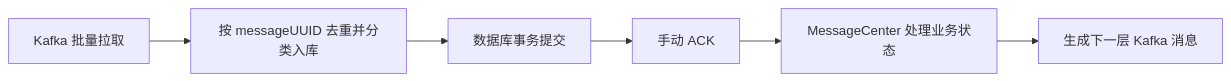
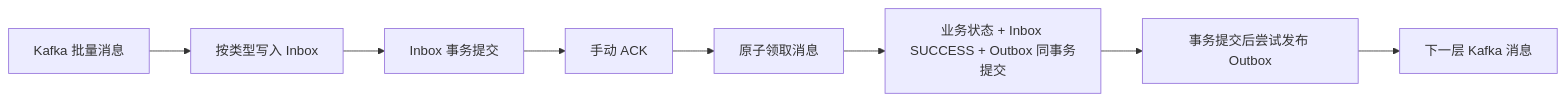
One commit to Zoujay/firefly changed the first of 2 diagrams in README.md. Above: the diagram before and after it, drawn with Mermaid. The commit also changed other lines of this file, not shown here.

````diff
--- a/README.md
+++ b/README.md
@@ -45,8 +45,10 @@
 ```mermaid
 flowchart LR
-    A["Kafka 批量拉取"] --> B["按 messageUUID 去重并分类入库"]
-    B --> C["数据库事务提交"]
-    C --> D["手动 ACK"]
-    D --> E["MessageCenter 处理业务状态"]
-    E --> F["生成下一层 Kafka 消息"]
+    K1["Kafka 批量消息"] --> I1["按类型写入 Inbox"]
+    I1 --> I2["Inbox 事务提交"]
+    I2 --> A["手动 ACK"]
+    A --> C["原子领取消息"]
+    C --> T["业务状态 + Inbox SUCCESS + Outbox 同事务提交"]
+    T --> P["事务提交后尝试发布 Outbox"]
+    P --> K2["下一层 Kafka 消息"]
 ```
````
